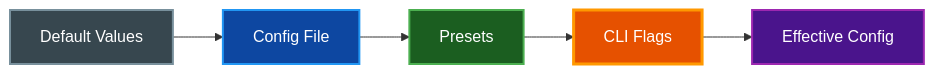
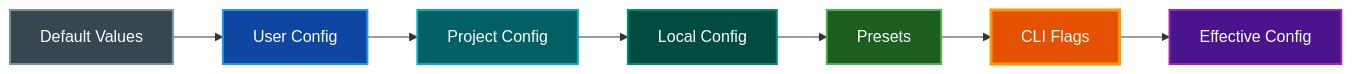
Before and after one commit to paulrobello/cctmux: the diagram in docs/CONFIGURATION.md, drawn with Mermaid. The commit also changed other lines of this file and 9 other files, not shown here.

First line of the commit message:
feat(config): add layered project-level configuration with deep merge

````diff
--- a/docs/CONFIGURATION.md
+++ b/docs/CONFIGURATION.md
@@ -20,19 +21,25 @@
 ```mermaid
 graph LR
     Defaults[Default Values]
-    ConfigFile[Config File]
+    UserConfig[User Config]
+    ProjectConfig[Project Config]
+    LocalConfig[Local Config]
     Presets[Presets]
     CLI[CLI Flags]
     Effective[Effective Config]
 
-    Defaults --> ConfigFile
-    ConfigFile --> Presets
+    Defaults --> UserConfig
+    UserConfig --> ProjectConfig
+    ProjectConfig --> LocalConfig
+    LocalConfig --> Presets
     Presets --> CLI
     CLI --> Effective
 
     style Defaults fill:#37474f,stroke:#78909c,stroke-width:2px,color:#ffffff
-    style ConfigFile fill:#0d47a1,stroke:#2196f3,stroke-width:2px,color:#ffffff
+    style UserConfig fill:#0d47a1,stroke:#2196f3,stroke-width:2px,color:#ffffff
+    style ProjectConfig fill:#006064,stroke:#00acc1,stroke-width:2px,color:#ffffff
+    style LocalConfig fill:#004d40,stroke:#00897b,stroke-width:2px,color:#ffffff
     style Presets fill:#1b5e20,stroke:#4caf50,stroke-width:2px,color:#ffffff
     style CLI fill:#e65100,stroke:#ff9800,stroke-width:3px,color:#ffffff
     style Effective fill:#4a148c,stroke:#9c27b0,stroke-width:2px,color:#ffffff
 ```
````
